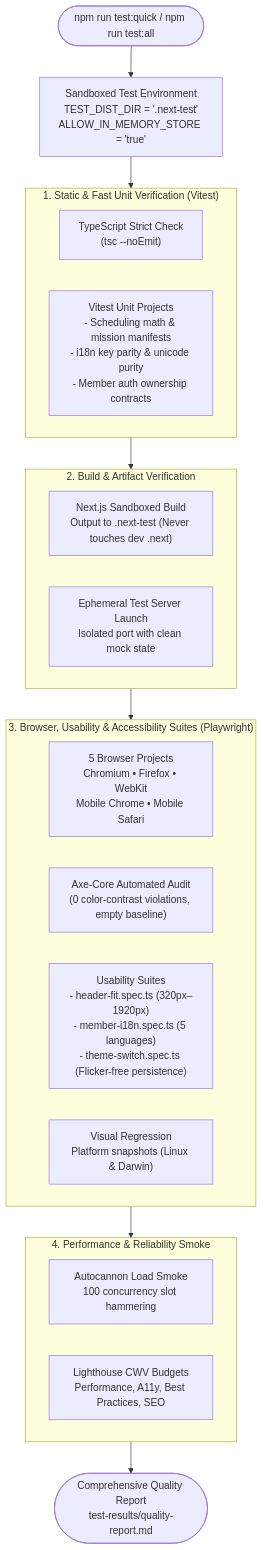
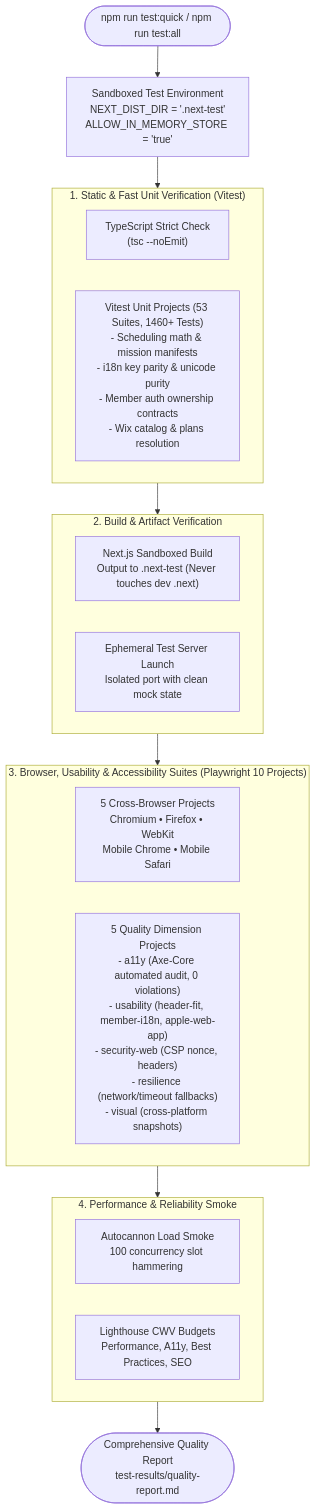
One commit to hatan4ik/simdream-website changed the seventh of 7 diagrams in ARCHITECTURE.md. Above: the diagram before and after it, drawn with Mermaid. The commit also changed other lines of this file and 7 other files, not shown here.

````diff
--- a/ARCHITECTURE.md
+++ b/ARCHITECTURE.md
@@ -247,32 +302,30 @@
 ```mermaid
 flowchart TD
-    Trigger(["npm run test:quick / npm run test:all"]) --> EnvCheck["Sandboxed Test Environment<br/>TEST_DIST_DIR = '.next-test'<br/>ALLOW_IN_MEMORY_STORE = 'true'"]
+    Trigger(["npm run test:quick / npm run test:all"]) --> EnvCheck["Sandboxed Test Environment<br/>NEXT_DIST_DIR = '.next-test'<br/>ALLOW_IN_MEMORY_STORE = 'true'"]
 
     subgraph Stage1["1. Static & Fast Unit Verification (Vitest)"]
         Typecheck["TypeScript Strict Check<br/>(tsc --noEmit)"]
-        UnitTests["Vitest Unit Projects<br/>- Scheduling math & mission manifests<br/>- i18n key parity & unicode purity<br/>- Member auth ownership contracts"]
+        UnitTests["Vitest Unit Projects (53 Suites, 1460+ Tests)<br/>- Scheduling math & mission manifests<br/>- i18n key parity & unicode purity<br/>- Member auth ownership contracts<br/>- Wix catalog & plans resolution"]
     end
 
     subgraph Stage2["2. Build & Artifact Verification"]
         SandboxedBuild["Next.js Sandboxed Build<br/>Output to .next-test (Never touches dev .next)"]
         ServerLaunch["Ephemeral Test Server Launch<br/>Isolated port with clean mock state"]
     end
 
-    subgraph Stage3["3. Browser, Usability & Accessibility Suites (Playwright)"]
-        E2E["5 Browser Projects<br/>Chromium • Firefox • WebKit<br/>Mobile Chrome • Mobile Safari"]
-        A11y["Axe-Core Automated Audit<br/>(0 color-contrast violations, empty baseline)"]
-        Usability["Usability Suites<br/>- header-fit.spec.ts (320px–1920px)<br/>- member-i18n.spec.ts (5 languages)<br/>- theme-switch.spec.ts (Flicker-free persistence)"]
-        Visual["Visual Regression<br/>Platform snapshots (Linux & Darwin)"]
+    subgraph Stage3["3. Browser, Usability & Accessibility Suites (Playwright 10 Projects)"]
+        BrowserProjects["5 Cross-Browser Projects<br/>Chromium • Firefox • WebKit<br/>Mobile Chrome • Mobile Safari"]
+        QualityProjects["5 Quality Dimension Projects<br/>- a11y (Axe-Core automated audit, 0 violations)<br/>- usability (header-fit, member-i18n, apple-web-app)<br/>- security-web (CSP nonce, headers)<br/>- resilience (network/timeout fallbacks)<br/>- visual (cross-platform snapshots)"]
     end
 
     subgraph Stage4["4. Performance & Reliability Smoke"]
         LoadSmoke["Autocannon Load Smoke<br/>100 concurrency slot hammering"]
         LighthouseAudit["Lighthouse CWV Budgets<br/>Performance, A11y, Best Practices, SEO"]
     end
 
     EnvCheck --> Stage1
     Stage1 --> Stage2
     Stage2 --> Stage3
     Stage3 --> Stage4
     Stage4 --> QualityReport(["Comprehensive Quality Report<br/>test-results/quality-report.md"])
 ```
````
